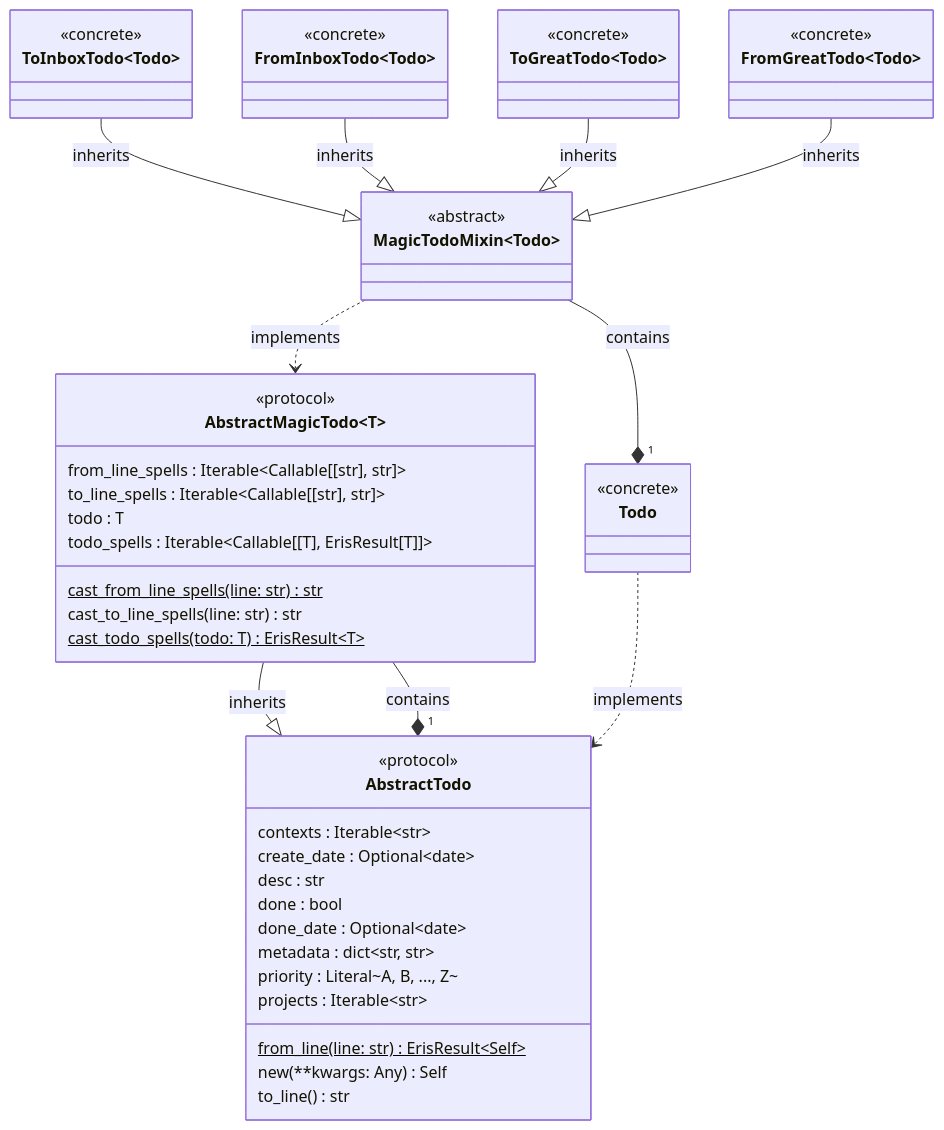
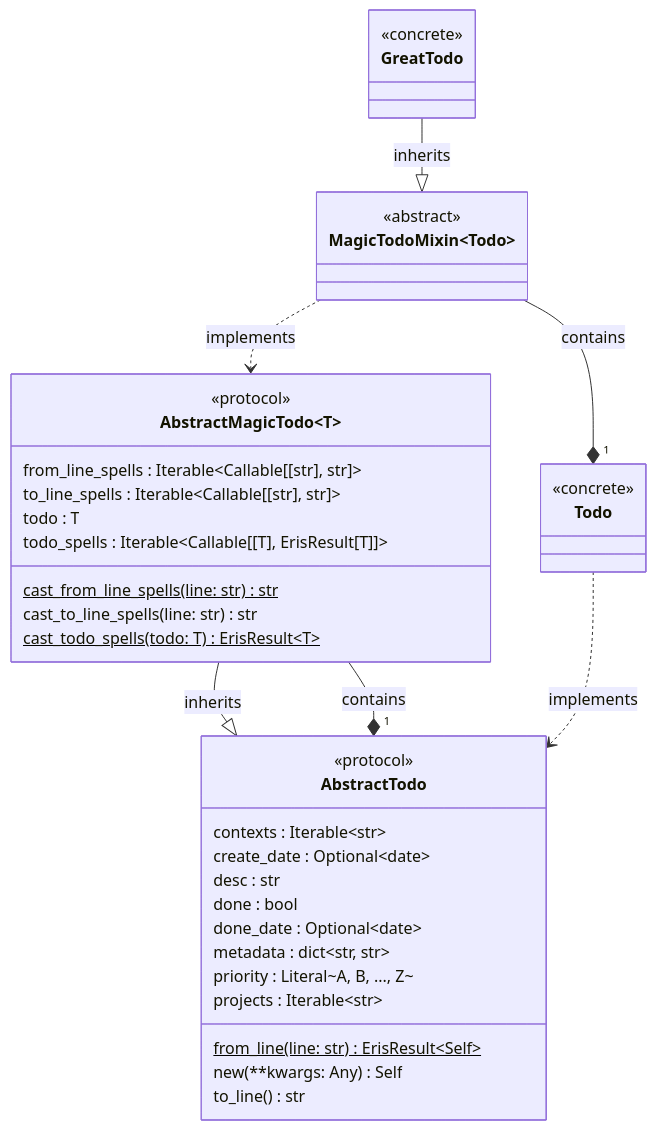
One commit to bbugyi200/greatday changed the third of 4 diagrams in docs/design/design.template.md. Above: the diagram before and after it, drawn with Mermaid. The commit also changed other lines of this file and 7 other files, not shown here.

Commit message:
Update design diagrams

````diff
--- a/docs/design/design.template.md
+++ b/docs/design/design.template.md
@@ -76,66 +76,51 @@
 ```mermaid
 classDiagram
     class AbstractTodo {
         <<protocol>>
 
         contexts : Iterable~str~
         create_date : Optional~date~
         desc : str
         done : bool
         done_date : Optional~date~
         metadata : dict~str, str~
         priority : Literal~A, B, ..., Z~
         projects : Iterable~str~
 
         from_line(line: str)$ ErisResult~Self~
         new(**kwargs: Any) Self
         to_line() str
     }
 
     class Todo {
         <<concrete>>
     }
 
     class AbstractMagicTodo~T~ {
         <<protocol>>
 
         from_line_spells : Iterable~Callable[[str], str]~
         to_line_spells : Iterable~Callable[[str], str]~
         todo : T
         todo_spells : Iterable~Callable[[T], ErisResult[T]]~
 
         cast_from_line_spells(line: str)$ str
         cast_to_line_spells(line: str) str
         cast_todo_spells(todo: T)$ ErisResult~T~
     }
 
     class MagicTodoMixin~Todo~ {
         <<abstract>>
     }
 
-    class ToInboxTodo~Todo~ {
-        <<concrete>>
-    }
-
-    class FromInboxTodo~Todo~ {
-        <<concrete>>
-    }
-
-    class ToGreatTodo~Todo~ {
-        <<concrete>>
-    }
-
-    class FromGreatTodo~Todo~ {
+    class GreatTodo {
         <<concrete>>
     }
 
     AbstractMagicTodo --|> AbstractTodo: inherits
     AbstractMagicTodo --* "1" AbstractTodo: contains
     Todo ..> AbstractTodo: implements
     MagicTodoMixin ..> AbstractMagicTodo: implements
     MagicTodoMixin --* "1" Todo: contains
-    ToInboxTodo --|> MagicTodoMixin: inherits
-    FromInboxTodo --|> MagicTodoMixin: inherits
-    ToGreatTodo --|> MagicTodoMixin: inherits
-    FromGreatTodo --|> MagicTodoMixin: inherits
+    GreatTodo --|> MagicTodoMixin: inherits
 ```
````
